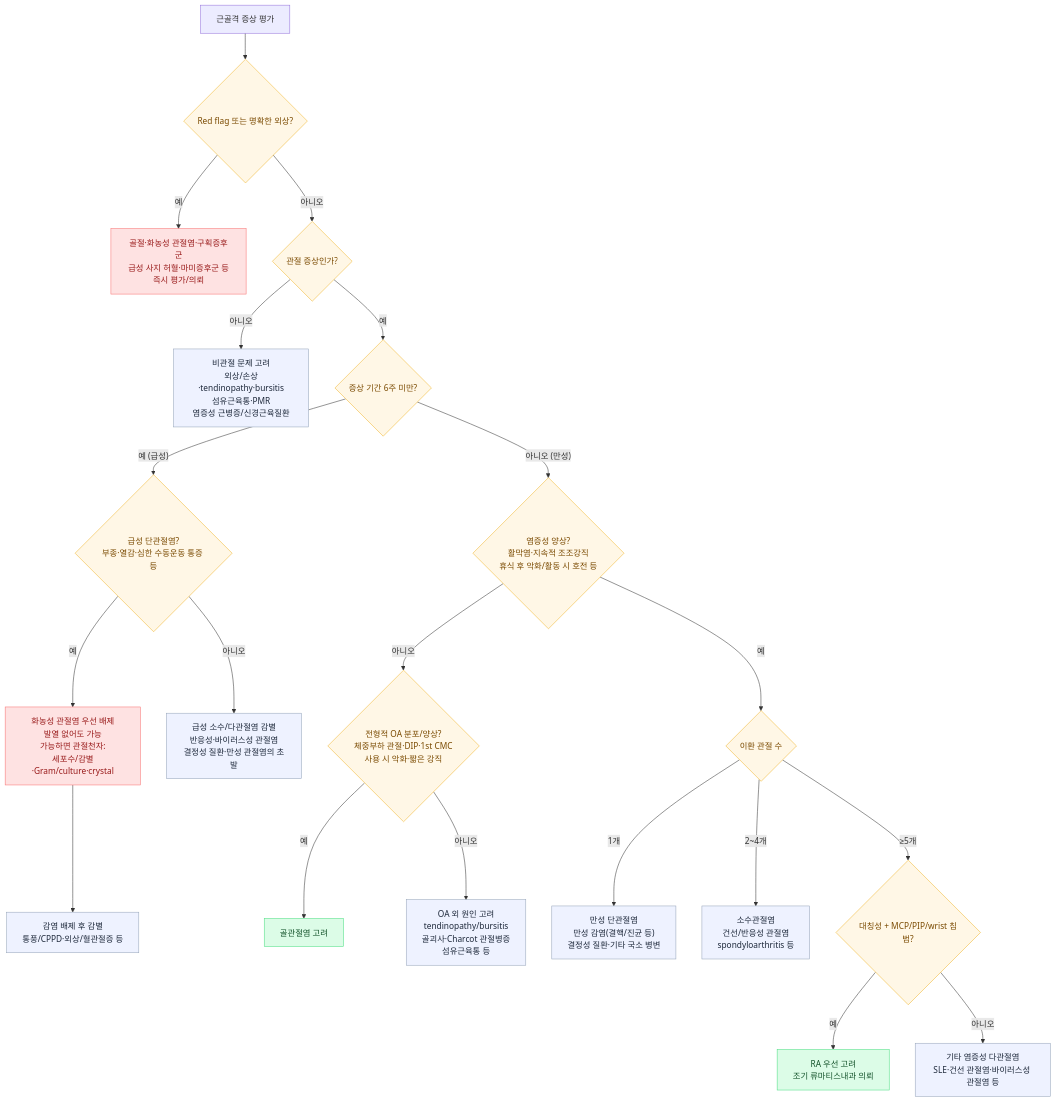
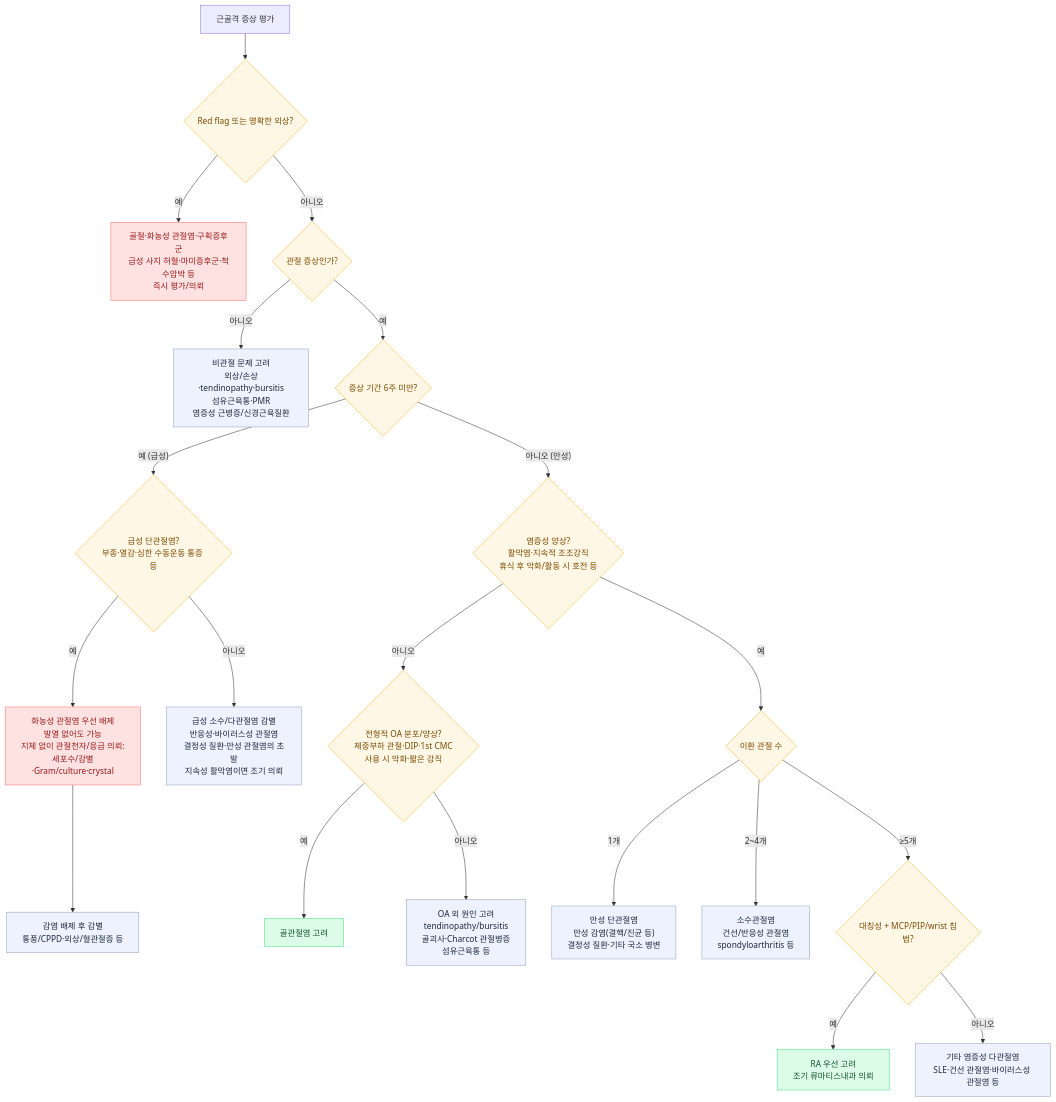
One commit to familyoh77/familyoh77 changed the diagram in 228_/134_-msdz.md. Above: the diagram before and after it, drawn with Mermaid. The commit also changed other lines of this file and 4 other files, not shown here.

````diff
--- a/228_/134_-msdz.md
+++ b/228_/134_-msdz.md
@@ -136,36 +137,36 @@
 ```mermaid
 flowchart TD
     S["근골격 증상 평가"] --> R{"Red flag 또는 명확한 외상?"}
-    R -- "예" --> RE["골절·화농성 관절염·구획증후군<br>급성 사지 허혈·마미증후군 등<br>즉시 평가/의뢰"]
+    R -- "예" --> RE["골절·화농성 관절염·구획증후군<br>급성 사지 허혈·마미증후군·척수압박 등<br>즉시 평가/의뢰"]
     R -- "아니오" --> Q1{"관절 증상인가?"}
 
     Q1 -- "아니오" --> NA["비관절 문제 고려<br>외상/손상·tendinopathy·bursitis<br>섬유근육통·PMR<br>염증성 근병증/신경근육질환"]
     Q1 -- "예" --> Q2{"증상 기간 6주 미만?"}
 
     Q2 -- "예 (급성)" --> Q3{"급성 단관절염?<br>부종·열감·심한 수동운동 통증 등"}
-    Q3 -- "예" --> SA["화농성 관절염 우선 배제<br>발열 없어도 가능<br>가능하면 관절천자:<br>세포수/감별·Gram/culture·crystal"]
+    Q3 -- "예" --> SA["화농성 관절염 우선 배제<br>발열 없어도 가능<br>지체 없이 관절천자/응급 의뢰:<br>세포수/감별·Gram/culture·crystal"]
     SA --> AC["감염 배제 후 감별<br>통풍/CPPD·외상/혈관절증 등"]
-    Q3 -- "아니오" --> AP["급성 소수/다관절염 감별<br>반응성·바이러스성 관절염<br>결정성 질환·만성 관절염의 초발"]
+    Q3 -- "아니오" --> AP["급성 소수/다관절염 감별<br>반응성·바이러스성 관절염<br>결정성 질환·만성 관절염의 초발<br>지속성 활막염이면 조기 의뢰"]
 
     Q2 -- "아니오 (만성)" --> Q4{"염증성 양상?<br>활막염·지속적 조조강직<br>휴식 후 악화/활동 시 호전 등"}
     Q4 -- "아니오" --> Q5{"전형적 OA 분포/양상?<br>체중부하 관절·DIP·1st CMC<br>사용 시 악화·짧은 강직"}
     Q5 -- "예" --> OA2["골관절염 고려"]
     Q5 -- "아니오" --> NOA["OA 외 원인 고려<br>tendinopathy/bursitis<br>골괴사·Charcot 관절병증<br>섬유근육통 등"]
 
     Q4 -- "예" --> Q6{"이환 관절 수"}
     Q6 -- "1개" --> MONO["만성 단관절염<br>만성 감염(결핵/진균 등)<br>결정성 질환·기타 국소 병변"]
     Q6 -- "2~4개" --> OLIGO["소수관절염<br>건선/반응성 관절염<br>spondyloarthritis 등"]
     Q6 -- "≥5개" --> Q7{"대칭성 + MCP/PIP/wrist 침범?"}
     Q7 -- "예" --> RA2["RA 우선 고려<br>조기 류마티스내과 의뢰"]
     Q7 -- "아니오" --> POLY["기타 염증성 다관절염<br>SLE·건선 관절염·바이러스성 관절염 등"]
 
     classDef q fill:#FFF7E6,stroke:#F0B429,stroke-width:1px,color:#7A4A00;
     classDef box fill:#EEF2FF,stroke:#94A3B8,stroke-width:1px,color:#1E293B;
     classDef danger fill:#FEE2E2,stroke:#F87171,stroke-width:1px,color:#991B1B;
     classDef good fill:#DCFCE7,stroke:#4ADE80,stroke-width:1px,color:#14532B;
 
     class R,Q1,Q2,Q3,Q4,Q5,Q6,Q7 q;
     class NA,AC,AP,NOA,MONO,OLIGO,POLY box;
     class RE,SA danger;
     class OA2,RA2 good;
 ```
````
